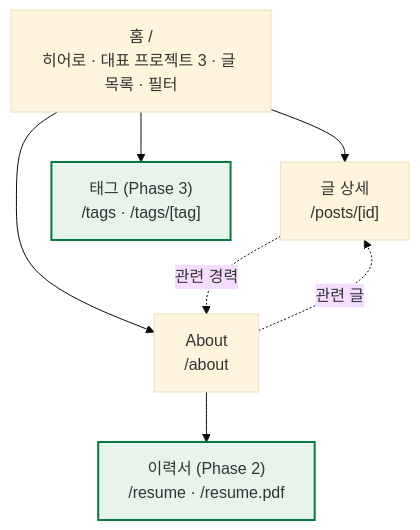
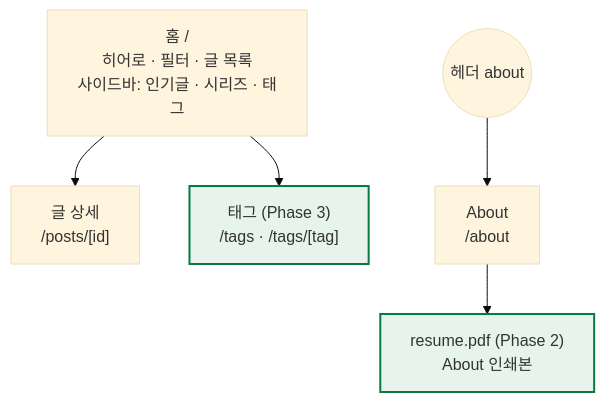
One commit to comstering/comstering.github.io changed the first of 2 diagrams in cowork/prd/001_site_master-plan.md. Above: the diagram before and after it, drawn with Mermaid (base theme). The commit also changed other lines of this file and 37 other files, not shown here.

````diff
--- a/cowork/prd/001_site_master-plan.md
+++ b/cowork/prd/001_site_master-plan.md
@@ -73,14 +76,13 @@
 ```mermaid
 flowchart TD
-    home["홈 /<br/>히어로 · 대표 프로젝트 3 · 글 목록 · 필터"]
+    home["홈 /<br/>히어로 · 필터 · 글 목록<br/>사이드바: 인기글 · 시리즈 · 태그"]
     post["글 상세<br/>/posts/[id]"]
     about["About<br/>/about"]
-    resume["이력서 (Phase 2)<br/>/resume · /resume.pdf"]
+    resume["resume.pdf (Phase 2)<br/>About 인쇄본"]
     tags["태그 (Phase 3)<br/>/tags · /tags/[tag]"]
-    home --> post & about & tags
+    home --> post & tags
+    header(("헤더 about")) --> about
     about --> resume
-    about -. 관련 글 .-> post
-    post -. 관련 경력 .-> about
     classDef next fill:#e6f4ec,stroke:#087A41,stroke-width:2px;
     class resume,tags next;
 ```
````
